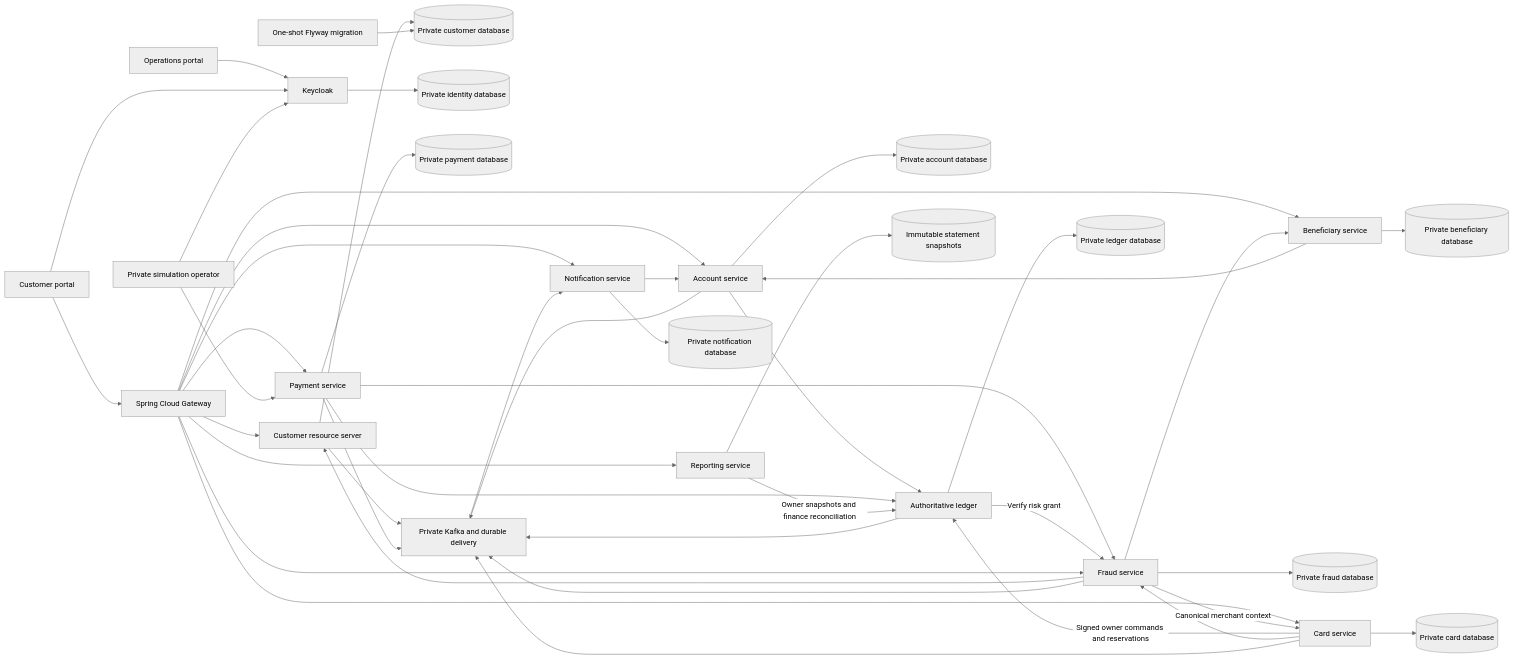
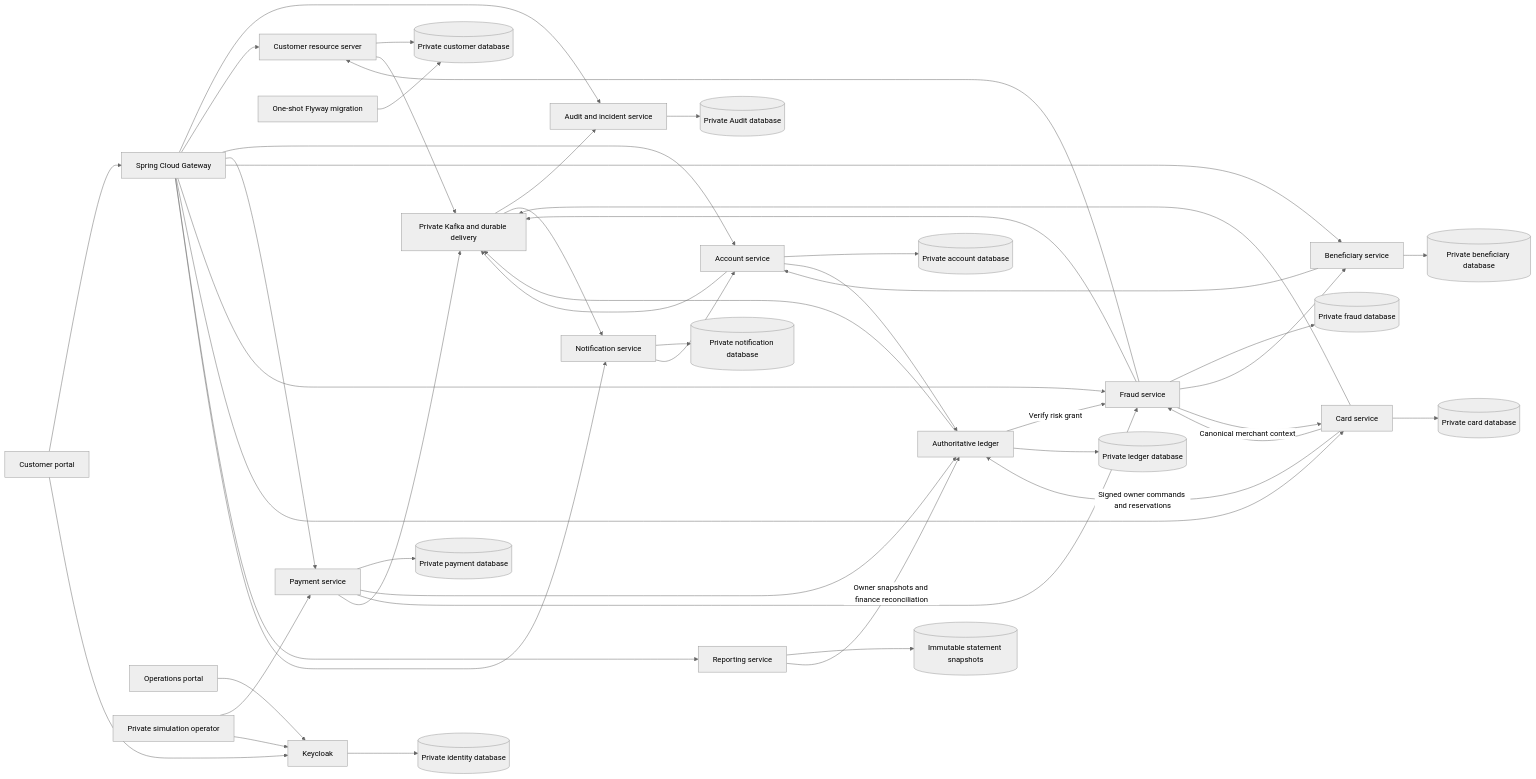
One commit to ABDOUUisHERE/FinCore-Bank changed the diagram in README.md. Above: the diagram before and after it, drawn with Mermaid (neutral theme). The commit also changed other lines of this file and 4 other files, not shown here.

Commit message:
docs(operations): record measured audit and incident lot acceptance

````diff
--- a/README.md
+++ b/README.md
@@ -34,46 +34,49 @@
 ```mermaid
 flowchart LR
   Customer[Customer portal] --> Gateway[Spring Cloud Gateway]
   Admin[Operations portal] --> Keycloak
   Customer --> Keycloak
+  Gateway --> Audit[Audit and incident service]
+  Audit --> AuDB[(Private Audit database)]
   Gateway --> Service[Customer resource server]
   Service --> CDB[(Private customer database)]
   Keycloak --> KDB[(Private identity database)]
   Migration[One-shot Flyway migration] --> CDB
   Gateway --> Account[Account service]
   Gateway --> Payment[Payment service]
   Gateway --> Beneficiary[Beneficiary service]
   Beneficiary --> BDB[(Private beneficiary database)]
   Beneficiary --> Account
   Account --> ADB[(Private account database)]
   Payment --> PDB[(Private payment database)]
   Account --> Ledger[Authoritative ledger]
   Payment --> Ledger
   Payment --> Fraud[Fraud service]
   Ledger -->|Verify risk grant| Fraud
   Gateway --> Fraud
   Fraud --> FDB[(Private fraud database)]
   Fraud --> Service
   Fraud --> Beneficiary
   Gateway --> Card[Card service]
   Card --> CardDB[(Private card database)]
   Card -->|Signed owner commands and reservations| Ledger
   Card --> Fraud
   Fraud -->|Canonical merchant context| Card
   Gateway --> Reporting[Reporting service]
   Reporting --> RDB[(Immutable statement snapshots)]
   Reporting -->|Owner snapshots and finance reconciliation| Ledger
   Ledger --> LDB[(Private ledger database)]
   Gateway --> Notification[Notification service]
   Notification --> NDB[(Private notification database)]
   Service --> Kafka[Private Kafka and durable delivery]
   Account --> Kafka
   Payment --> Kafka
   Ledger --> Kafka
   Fraud --> Kafka
   Card --> Kafka
+  Kafka --> Audit
   Kafka --> Notification
   Notification --> Account
   Operator[Private simulation operator] --> Payment
   Operator --> Keycloak
 ```
````
